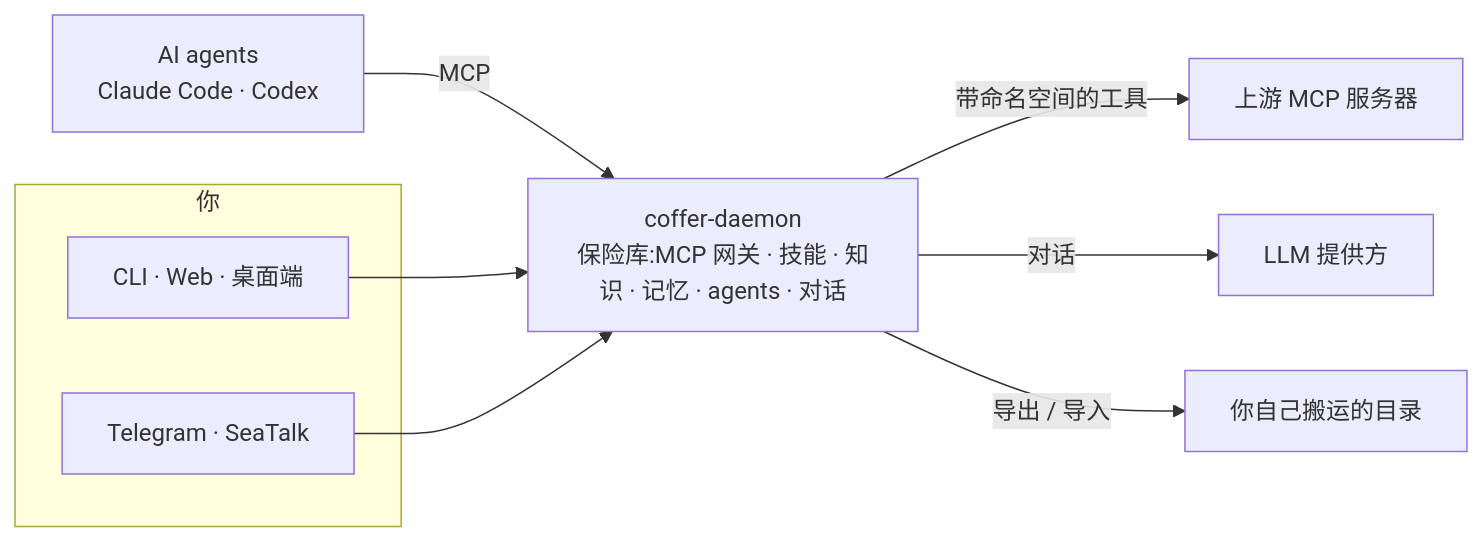
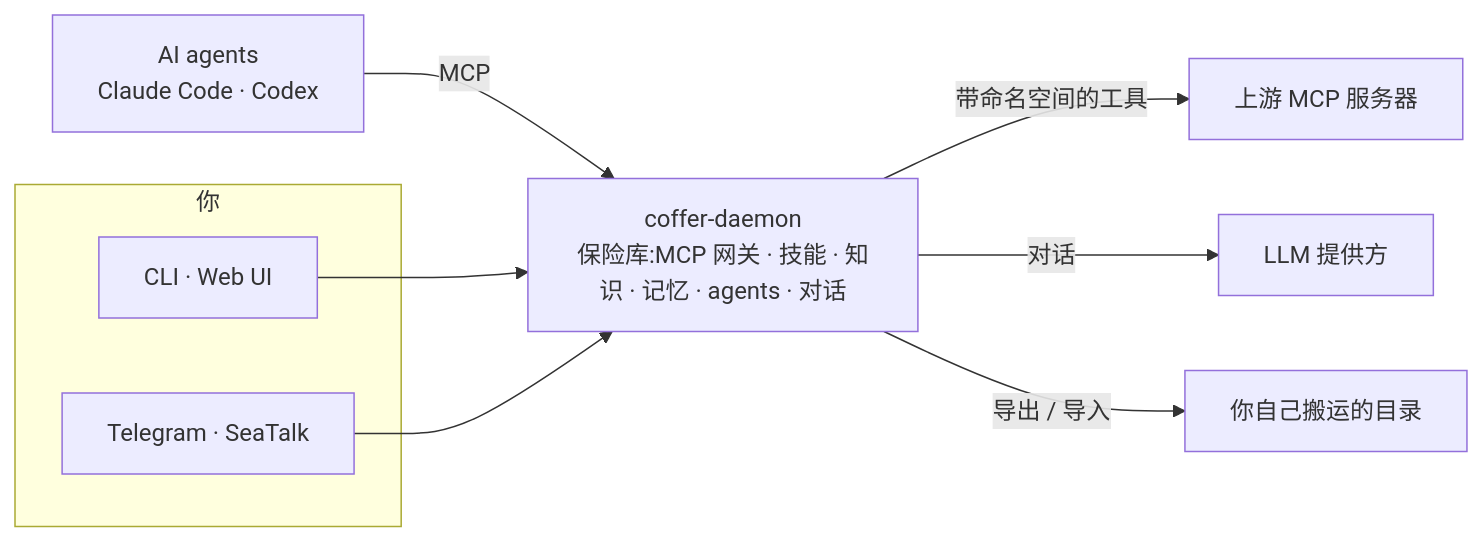
Before and after one commit to wyx-sg/Coffer: the diagram in docs-site/zh/index.md, drawn with Mermaid. The commit also changed other lines of this file and 215 other files, not shown here.

````diff
--- a/docs-site/zh/index.md
+++ b/docs-site/zh/index.md
@@ -31,14 +31,14 @@
 ```mermaid
 flowchart LR
   subgraph You["你"]
-    UI["CLI · Web · 桌面端"]
+    UI["CLI · Web UI"]
     IM["Telegram · SeaTalk"]
   end
   A["AI agents<br/>Claude Code · Codex"] -->|MCP| D
   UI --> D
   IM --> D
   D["coffer-daemon<br/>保险库:MCP 网关 · 技能 · 知识 · 记忆 · agents · 对话"]
   D -->|带命名空间的工具| U["上游 MCP 服务器"]
   D -->|对话| L["LLM 提供方"]
   D -->|导出 / 导入| G["你自己搬运的目录"]
 ```
````
